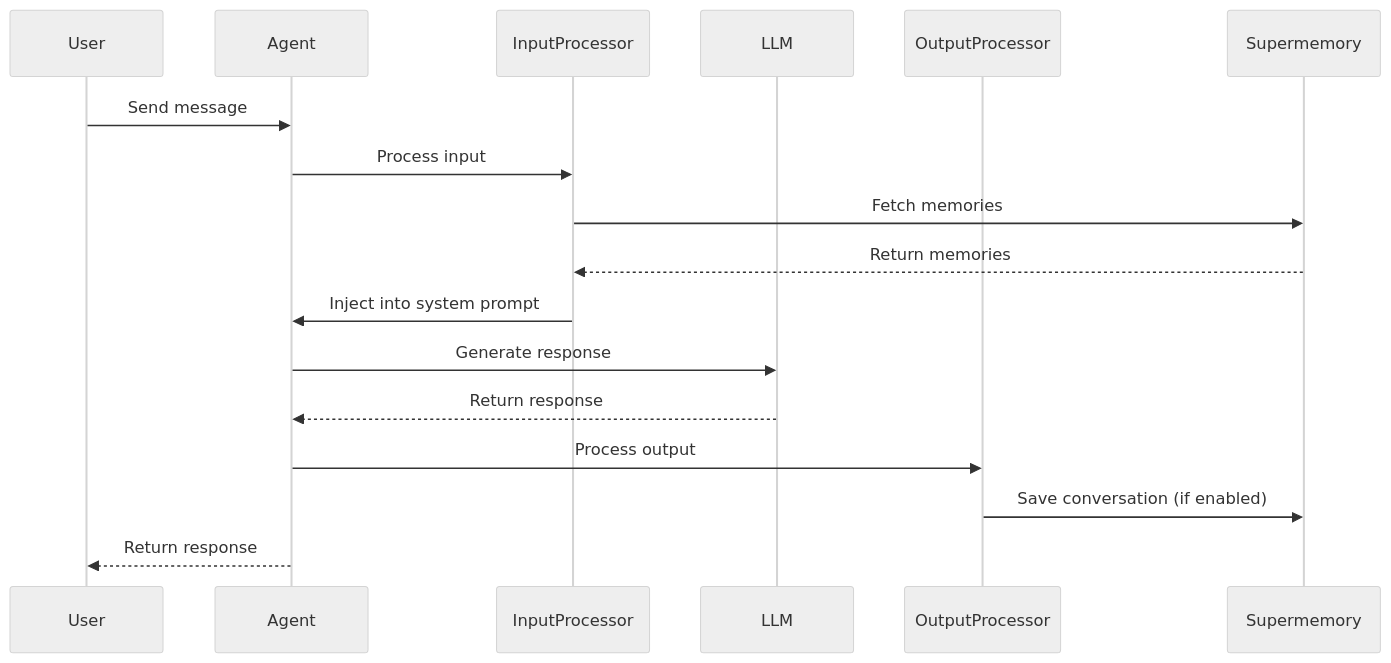
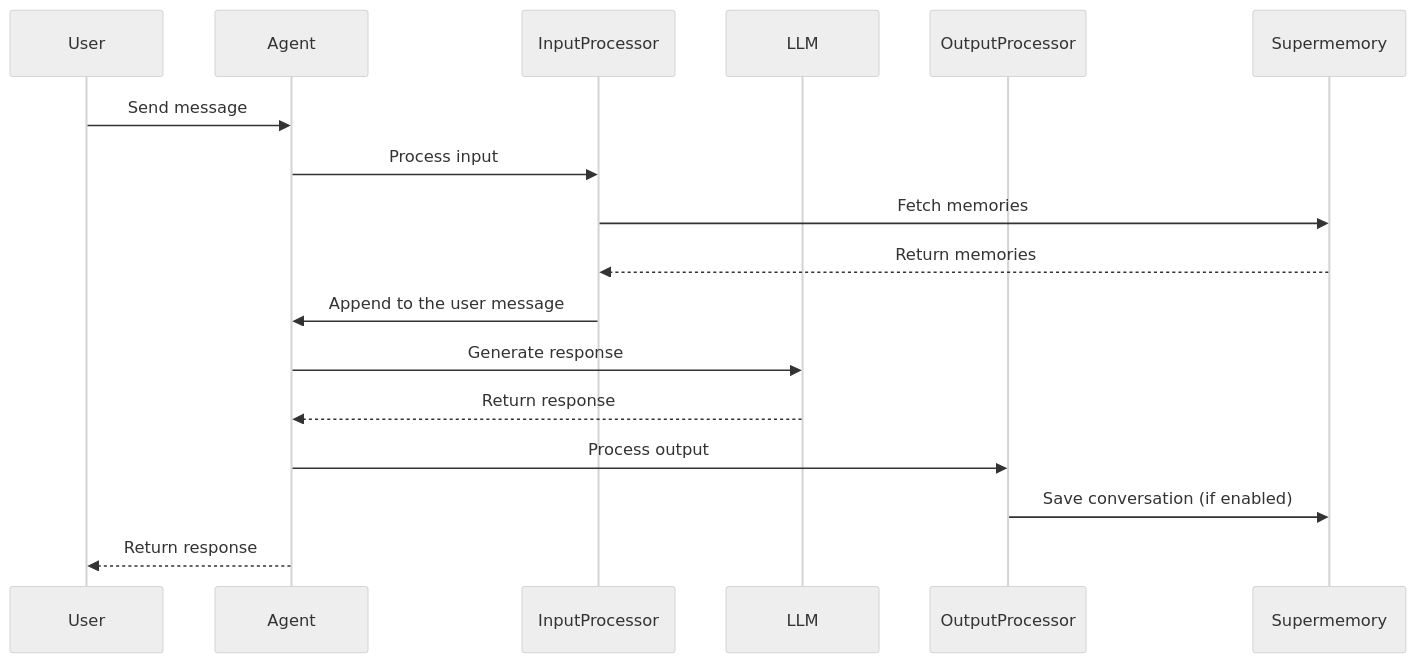
Before and after one commit to supermemoryai/supermemory: the diagram in apps/docs/integrations/mastra.mdx, drawn with Mermaid (neutral theme). The commit also changed other lines of this file and 32 other files, not shown here.

````diff
--- a/apps/docs/integrations/mastra.mdx
+++ b/apps/docs/integrations/mastra.mdx
@@ -75,20 +75,20 @@
 ```mermaid
 sequenceDiagram
     participant User
     participant Agent
     participant InputProcessor
     participant LLM
     participant OutputProcessor
     participant Supermemory
 
     User->>Agent: Send message
     Agent->>InputProcessor: Process input
     InputProcessor->>Supermemory: Fetch memories
     Supermemory-->>InputProcessor: Return memories
-    InputProcessor->>Agent: Inject into system prompt
+    InputProcessor->>Agent: Append to the user message
     Agent->>LLM: Generate response
     LLM-->>Agent: Return response
     Agent->>OutputProcessor: Process output
     OutputProcessor->>Supermemory: Save conversation (if enabled)
     Agent-->>User: Return response
 ```
````
